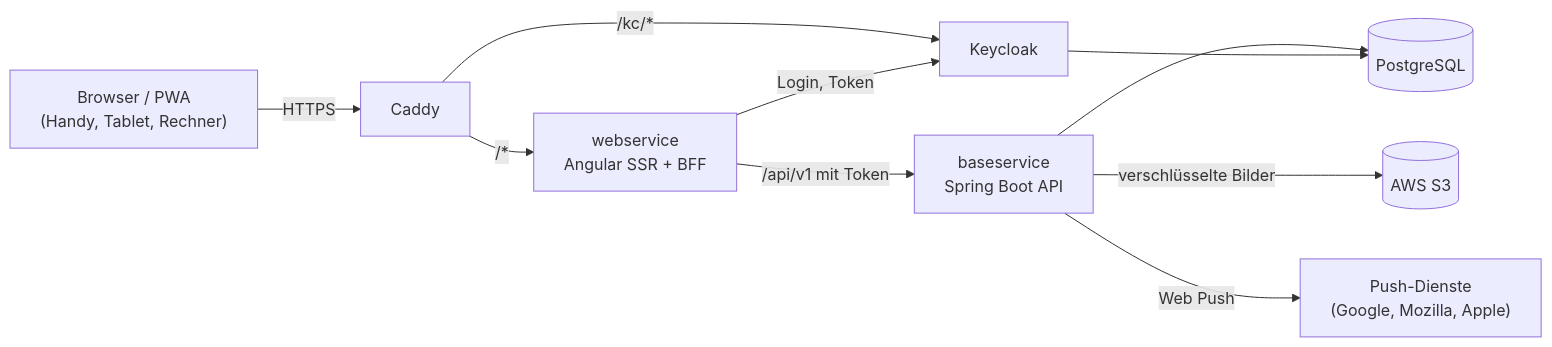
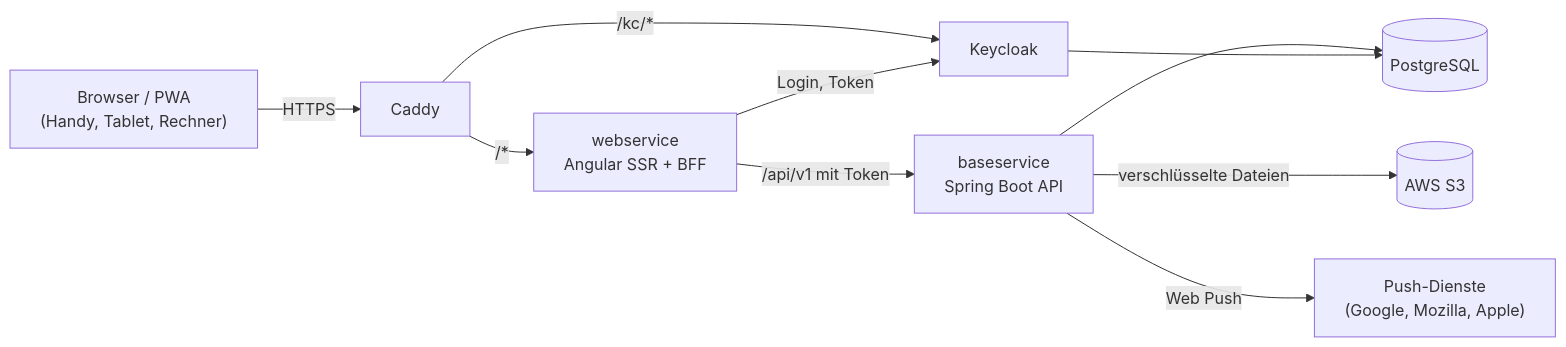
The diagram in wiki/Architektur.md (damaurer/vereint), drawn with Mermaid before and after one commit. The commit also changed other lines of this file and 13 other files, not shown here.

````diff
--- a/wiki/Architektur.md
+++ b/wiki/Architektur.md
@@ -3,12 +3,12 @@
 ```mermaid
 graph LR
     Browser["Browser / PWA<br/>(Handy, Tablet, Rechner)"] -->|HTTPS| Caddy
     Caddy -->|"/kc/*"| Keycloak
     Caddy -->|"/*"| Web["webservice<br/>Angular SSR + BFF"]
     Web -->|"/api/v1 mit Token"| Base["baseservice<br/>Spring Boot API"]
     Web -->|Login, Token| Keycloak
     Base --> PG[("PostgreSQL")]
     Keycloak --> PG
-    Base -->|verschlüsselte Bilder| S3[("AWS S3")]
+    Base -->|verschlüsselte Dateien| S3[("AWS S3")]
     Base -->|Web Push| PushDienst["Push-Dienste<br/>(Google, Mozilla, Apple)"]
 ```
````
